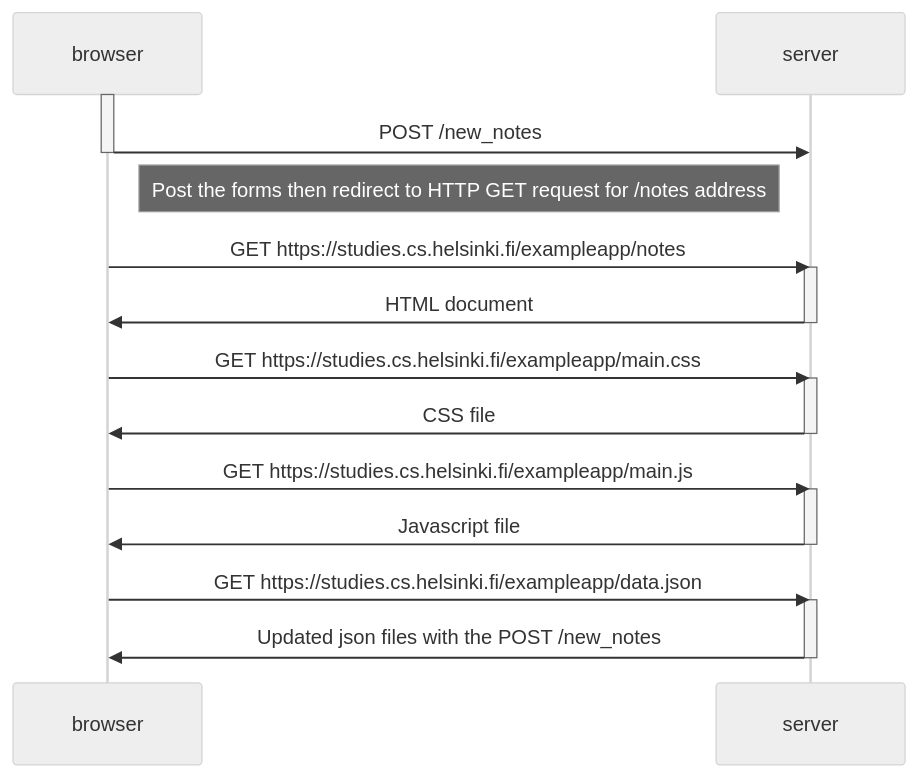
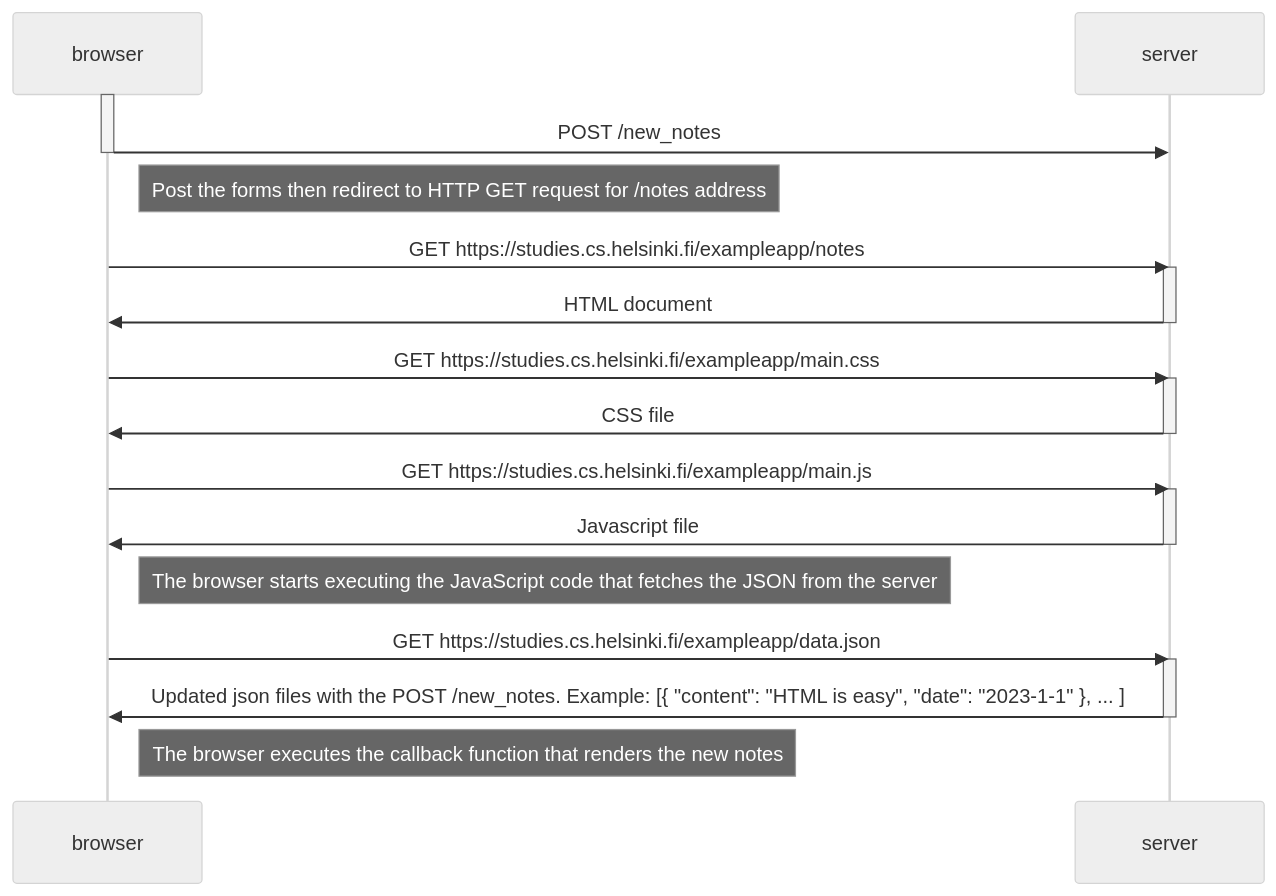
One commit to KrisnhoeRinaldy/fullstackopen changed the diagram in part0/new_note_diagram.md. Above: the diagram before and after it, drawn with Mermaid (neutral theme).

Commit message:
added more notes

````diff
--- a/part0/new_note_diagram.md
+++ b/part0/new_note_diagram.md
@@ -1,31 +1,35 @@
 ```mermaid
 sequenceDiagram
     participant browser
     participant server
 
     activate browser
     browser->>server: POST /new_notes
     deactivate browser
 
     Note right of browser: Post the forms then redirect to HTTP GET request for /notes address
 
     browser->>server: GET https://studies.cs.helsinki.fi/exampleapp/notes
     activate server
     server->>browser: HTML document
     deactivate server
 
     browser->>server: GET https://studies.cs.helsinki.fi/exampleapp/main.css
     activate server
     server->>browser: CSS file
     deactivate server
 
     browser->>server: GET https://studies.cs.helsinki.fi/exampleapp/main.js
     activate server
     server->>browser: Javascript file
     deactivate server
 
+    Note right of browser: The browser starts executing the JavaScript code that fetches the JSON from the server
+
     browser->>server: GET https://studies.cs.helsinki.fi/exampleapp/data.json
     activate server
-    server->>browser: Updated json files with the POST /new_notes
+    server->>browser: Updated json files with the POST /new_notes. Example: [{ "content": "HTML is easy", "date": "2023-1-1" }, ... ]
     deactivate server
+
+    Note right of browser: The browser executes the callback function that renders the new notes
 ```
````
